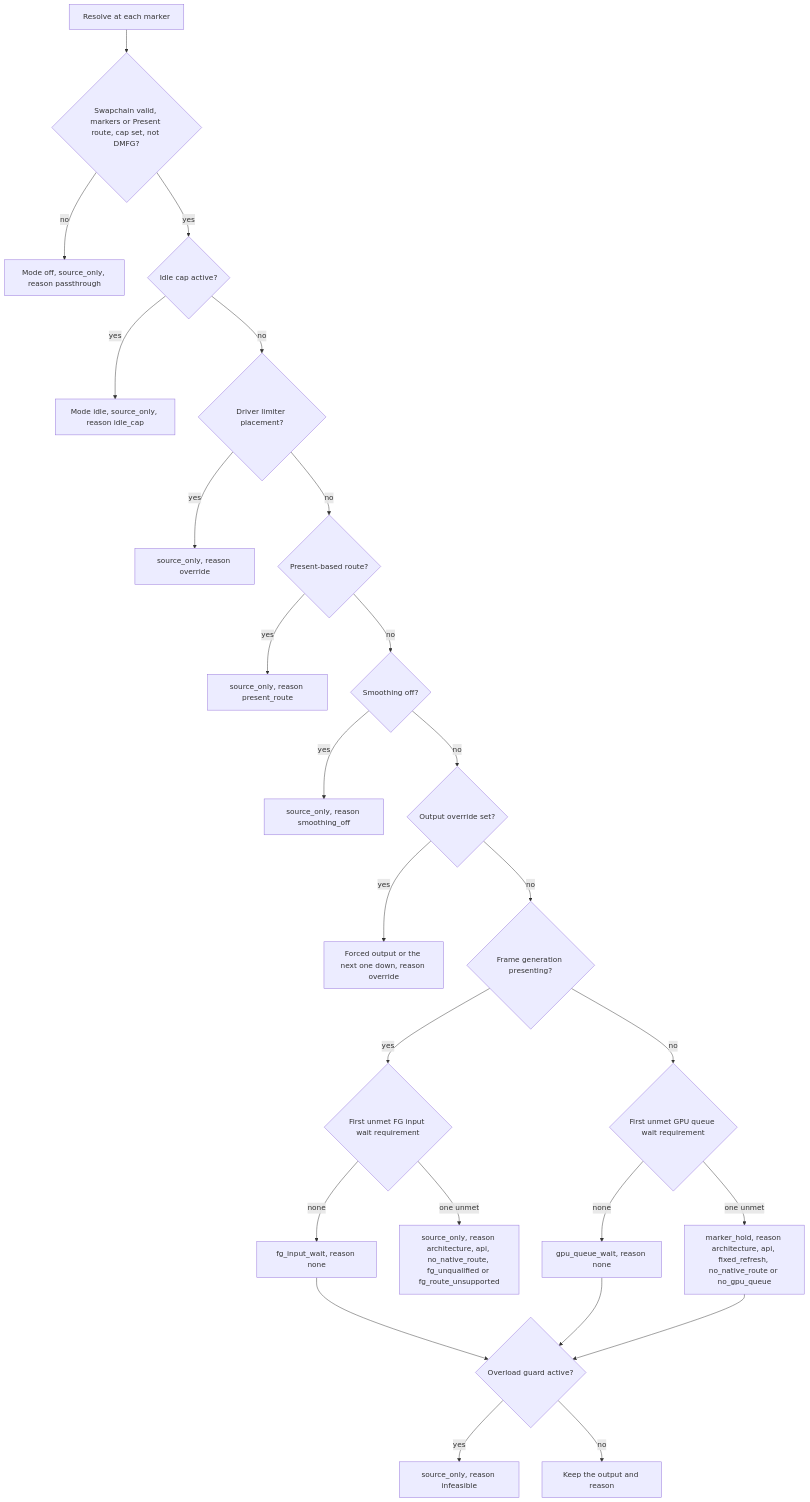
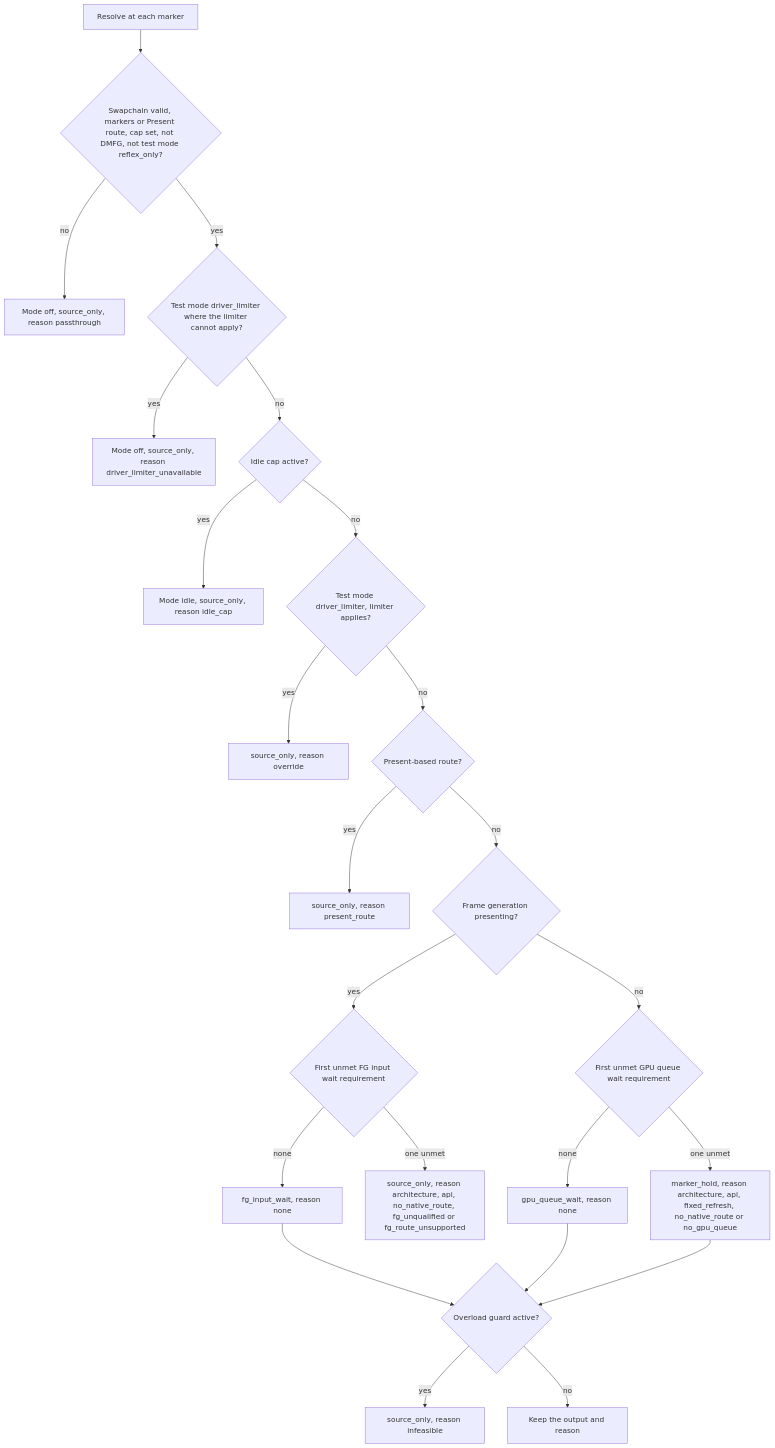
One commit to RankFTW/ReLimiter changed the sixth of 11 diagrams in docs/FRAME_PACING.md. Above: the diagram before and after it, drawn with Mermaid. The commit also changed other lines of this file and 32 other files, not shown here.

````diff
--- a/docs/FRAME_PACING.md
+++ b/docs/FRAME_PACING.md
@@ -340,27 +332,25 @@
 ```mermaid
 flowchart TD
-    A["Resolve at each marker"] --> B{"Swapchain valid, markers or Present route, cap set, not DMFG?"}
+    A["Resolve at each marker"] --> B{"Swapchain valid, markers or Present route, cap set, not DMFG, not test mode reflex_only?"}
     B -->|no| P["Mode off, source_only, reason passthrough"]
-    B -->|yes| C{"Idle cap active?"}
+    B -->|yes| B2{"Test mode driver_limiter where the limiter cannot apply?"}
+    B2 -->|yes| U["Mode off, source_only, reason driver_limiter_unavailable"]
+    B2 -->|no| C{"Idle cap active?"}
     C -->|yes| I["Mode idle, source_only, reason idle_cap"]
-    C -->|no| D{"Driver limiter placement?"}
+    C -->|no| D{"Test mode driver_limiter, limiter applies?"}
     D -->|yes| O1["source_only, reason override"]
     D -->|no| E{"Present-based route?"}
     E -->|yes| R1["source_only, reason present_route"]
-    E -->|no| F{"Smoothing off?"}
-    F -->|yes| S1["source_only, reason smoothing_off"]
-    F -->|no| G{"Output override set?"}
-    G -->|yes| O2["Forced output or the next one down, reason override"]
-    G -->|no| H{"Frame generation presenting?"}
+    E -->|no| H{"Frame generation presenting?"}
     H -->|yes| H1{"First unmet FG input wait requirement"}
     H1 -->|none| FG["fg_input_wait, reason none"]
     H1 -->|one unmet| FU["source_only, reason architecture, api, no_native_route, fg_unqualified or fg_route_unsupported"]
     H -->|no| J{"First unmet GPU queue wait requirement"}
     J -->|none| GQ["gpu_queue_wait, reason none"]
     J -->|one unmet| MH["marker_hold, reason architecture, api, fixed_refresh, no_native_route or no_gpu_queue"]
     FG --> K{"Overload guard active?"}
     GQ --> K
     MH --> K
     K -->|yes| DEM["source_only, reason infeasible"]
     K -->|no| KEEP["Keep the output and reason"]
 ```
````
